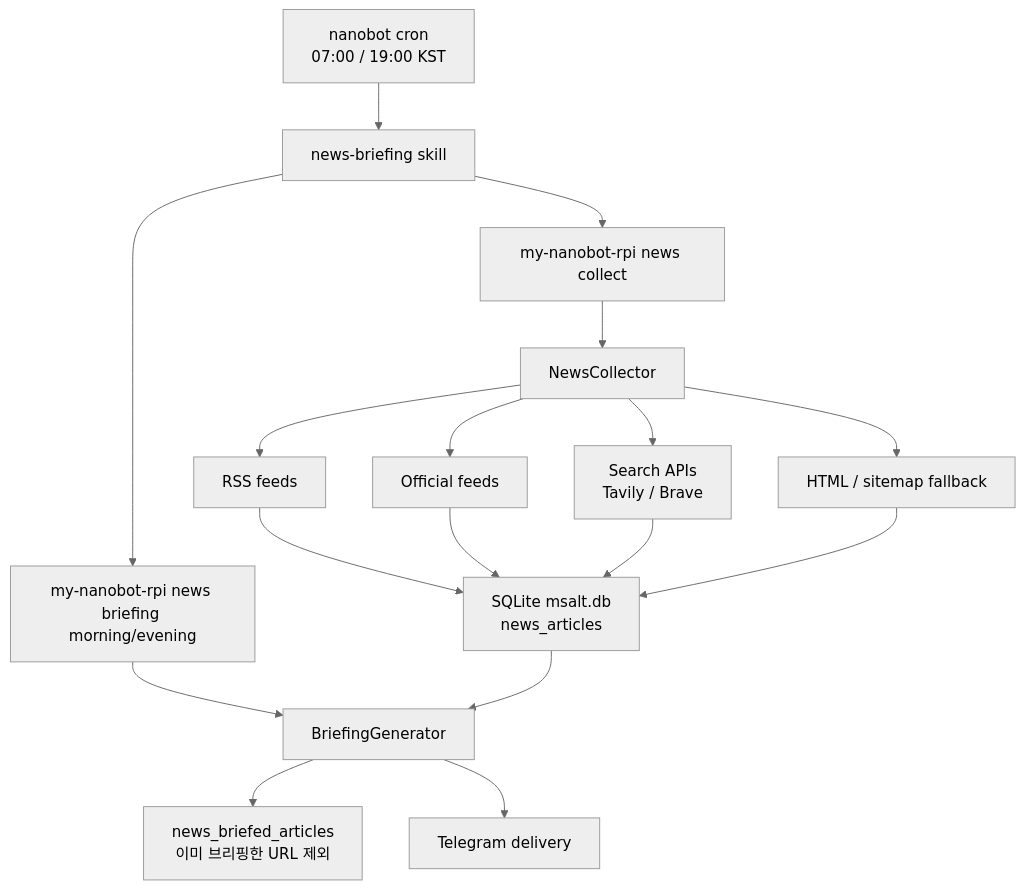
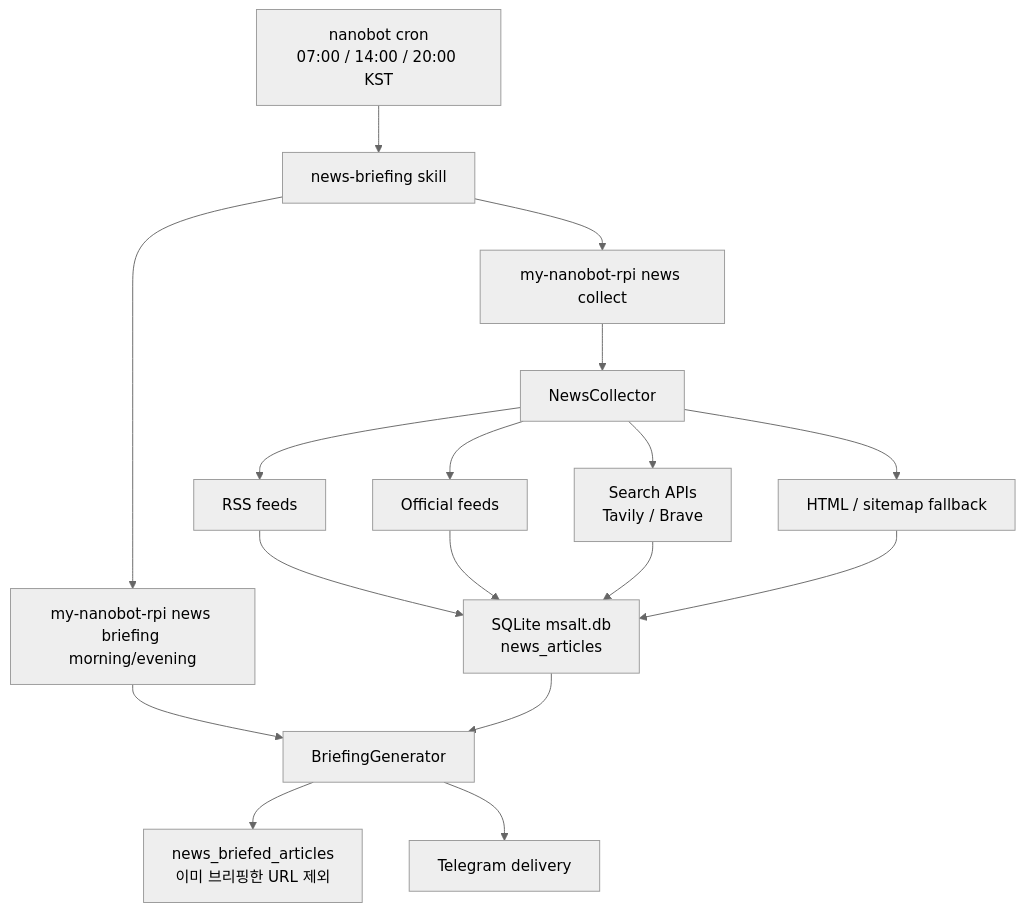
The diagram in docs/news-briefing-pipeline.md (msaltnet/my-nanobot-rpi), drawn with Mermaid (neutral theme) before and after one commit. The commit also changed other lines of this file and 11 other files, not shown here.

Commit message:
feat(news): schedule afternoon briefing and move evening run

````diff
--- a/docs/news-briefing-pipeline.md
+++ b/docs/news-briefing-pipeline.md
@@ -7,19 +7,19 @@
 ```mermaid
 flowchart TD
-    Cron["nanobot cron<br/>07:00 / 19:00 KST"] --> Skill["news-briefing skill"]
+    Cron["nanobot cron<br/>07:00 / 14:00 / 20:00 KST"] --> Skill["news-briefing skill"]
     Skill --> CollectCmd["my-nanobot-rpi news collect"]
     CollectCmd --> Collector["NewsCollector"]
     Collector --> RSS["RSS feeds"]
     Collector --> Official["Official feeds"]
     Collector --> Search["Search APIs<br/>Tavily / Brave"]
     Collector --> Fallback["HTML / sitemap fallback"]
     RSS --> DB["SQLite msalt.db<br/>news_articles"]
     Official --> DB
     Search --> DB
     Fallback --> DB
     Skill --> BriefingCmd["my-nanobot-rpi news briefing morning/evening"]
     BriefingCmd --> Generator["BriefingGenerator"]
     DB --> Generator
     Generator --> Used["news_briefed_articles<br/>이미 브리핑한 URL 제외"]
     Generator --> Telegram["Telegram delivery"]
 ```
````
